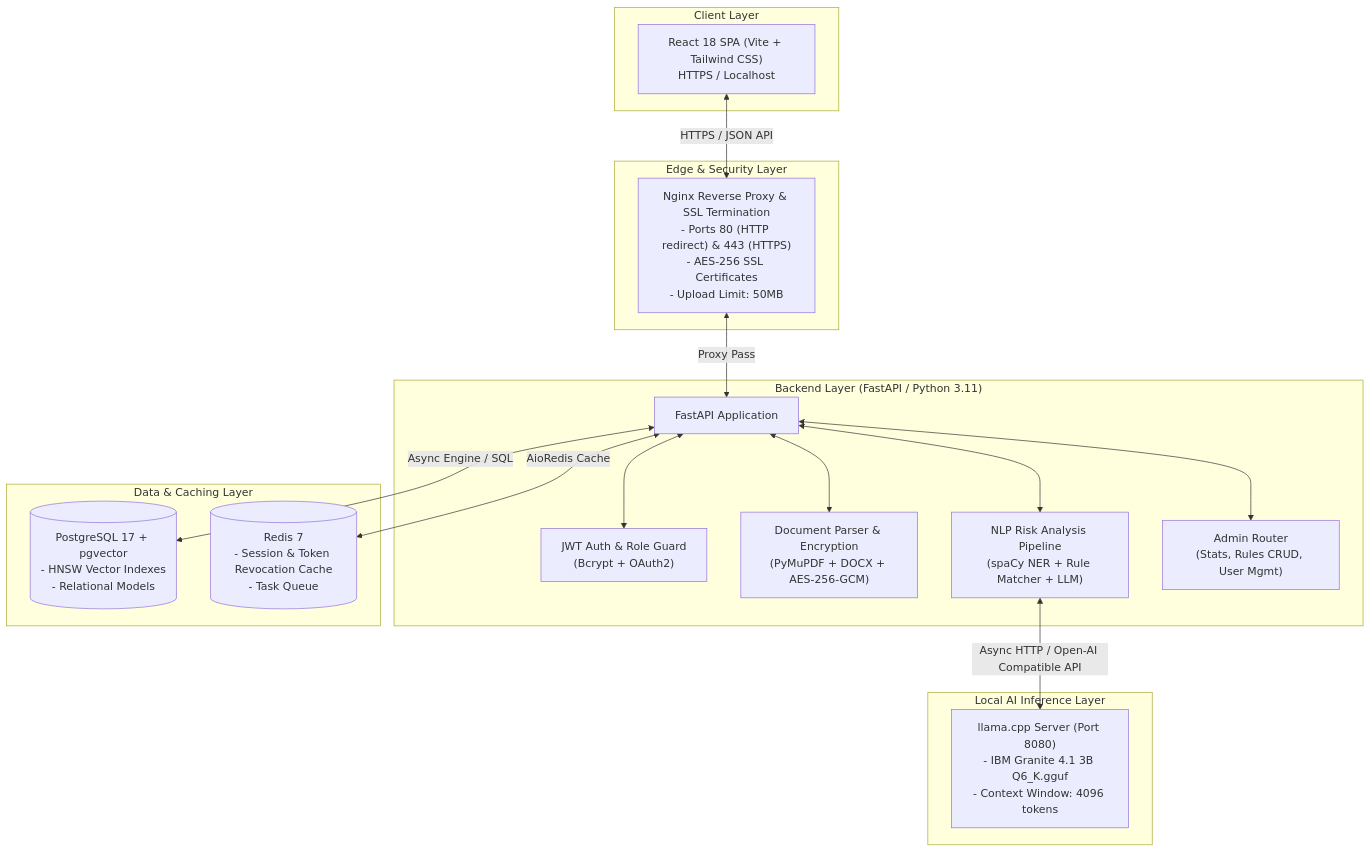
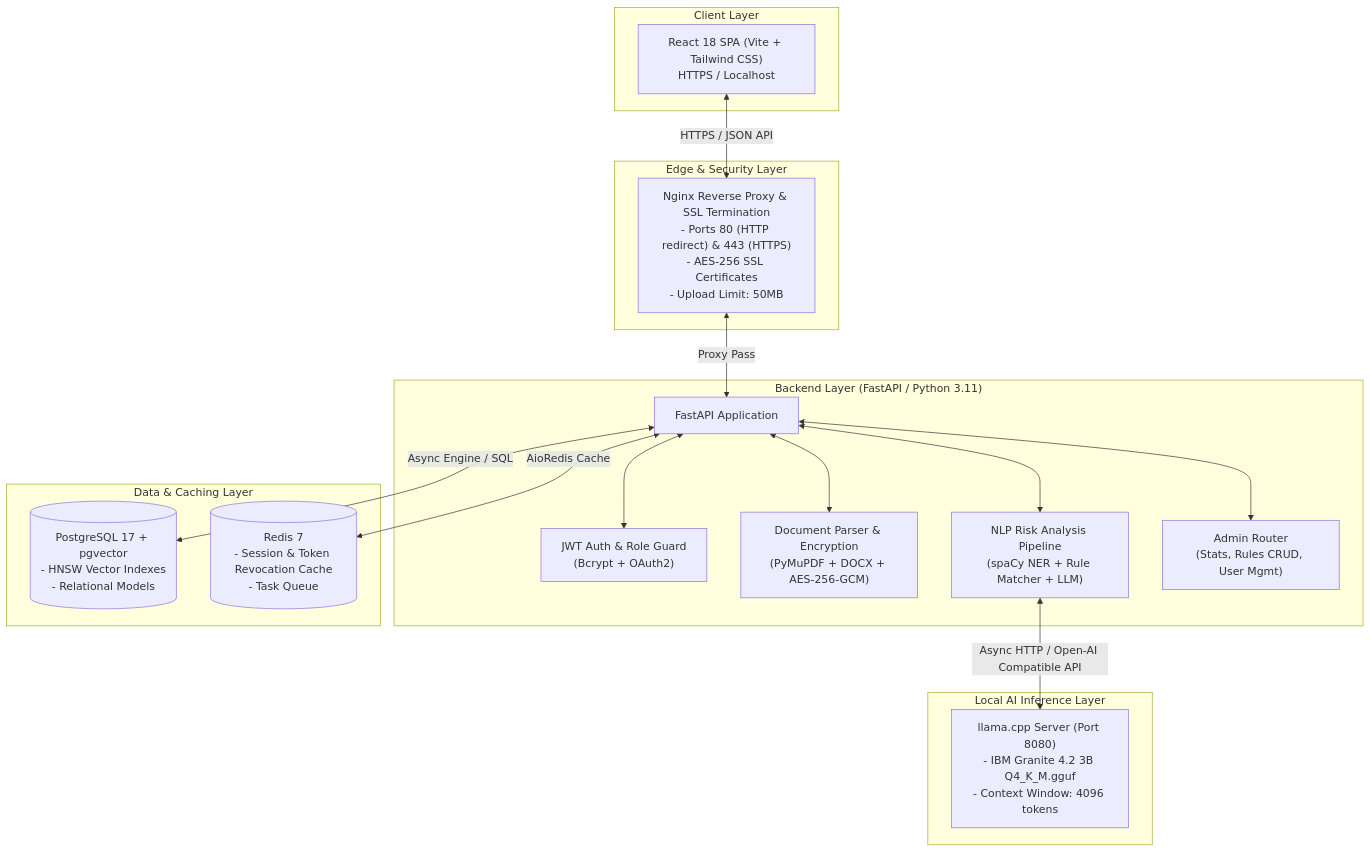
Before and after one commit to rakhi-dev-pro/legalbot: the diagram in docs/ARCHITECTURE.md, drawn with Mermaid. The commit also changed other lines of this file and 10 other files, not shown here.

````diff
--- a/docs/ARCHITECTURE.md
+++ b/docs/ARCHITECTURE.md
@@ -9,39 +9,39 @@
 ```mermaid
 flowchart TB
     subgraph Client ["Client Layer"]
         Browser["React 18 SPA (Vite + Tailwind CSS)\nHTTPS / Localhost"]
     end
 
     subgraph Edge ["Edge & Security Layer"]
         Nginx["Nginx Reverse Proxy & SSL Termination\n- Ports 80 (HTTP redirect) & 443 (HTTPS)\n- AES-256 SSL Certificates\n- Upload Limit: 50MB"]
     end
 
     subgraph BackendServices ["Backend Layer (FastAPI / Python 3.11)"]
         API["FastAPI Application"]
         AuthModule["JWT Auth & Role Guard\n(Bcrypt + OAuth2)"]
         Parser["Document Parser & Encryption\n(PyMuPDF + DOCX + AES-256-GCM)"]
         NLPPipeline["NLP Risk Analysis Pipeline\n(spaCy NER + Rule Matcher + LLM)"]
         AdminRouter["Admin Router\n(Stats, Rules CRUD, User Mgmt)"]
     end
 
     subgraph DatabaseLayer ["Data & Caching Layer"]
         Postgres[("PostgreSQL 17 + pgvector\n- HNSW Vector Indexes\n- Relational Models")]
         Redis[("Redis 7\n- Session & Token Revocation Cache\n- Task Queue")]
     end
 
     subgraph InferenceLayer ["Local AI Inference Layer"]
-        LlamaCPP["llama.cpp Server (Port 8080)\n- IBM Granite 4.1 3B Q6_K.gguf\n- Context Window: 4096 tokens"]
+        LlamaCPP["llama.cpp Server (Port 8080)\n- IBM Granite 4.2 3B Q4_K_M.gguf\n- Context Window: 4096 tokens"]
     end
 
     Browser <-->|HTTPS / JSON API| Nginx
     Nginx <-->|Proxy Pass| API
     
     API <--> AuthModule
     API <--> Parser
     API <--> NLPPipeline
     API <--> AdminRouter
     
     API <-->|Async Engine / SQL| Postgres
     API <-->|AioRedis Cache| Redis
     NLPPipeline <-->|Async HTTP / Open-AI Compatible API| LlamaCPP
 ```
````
